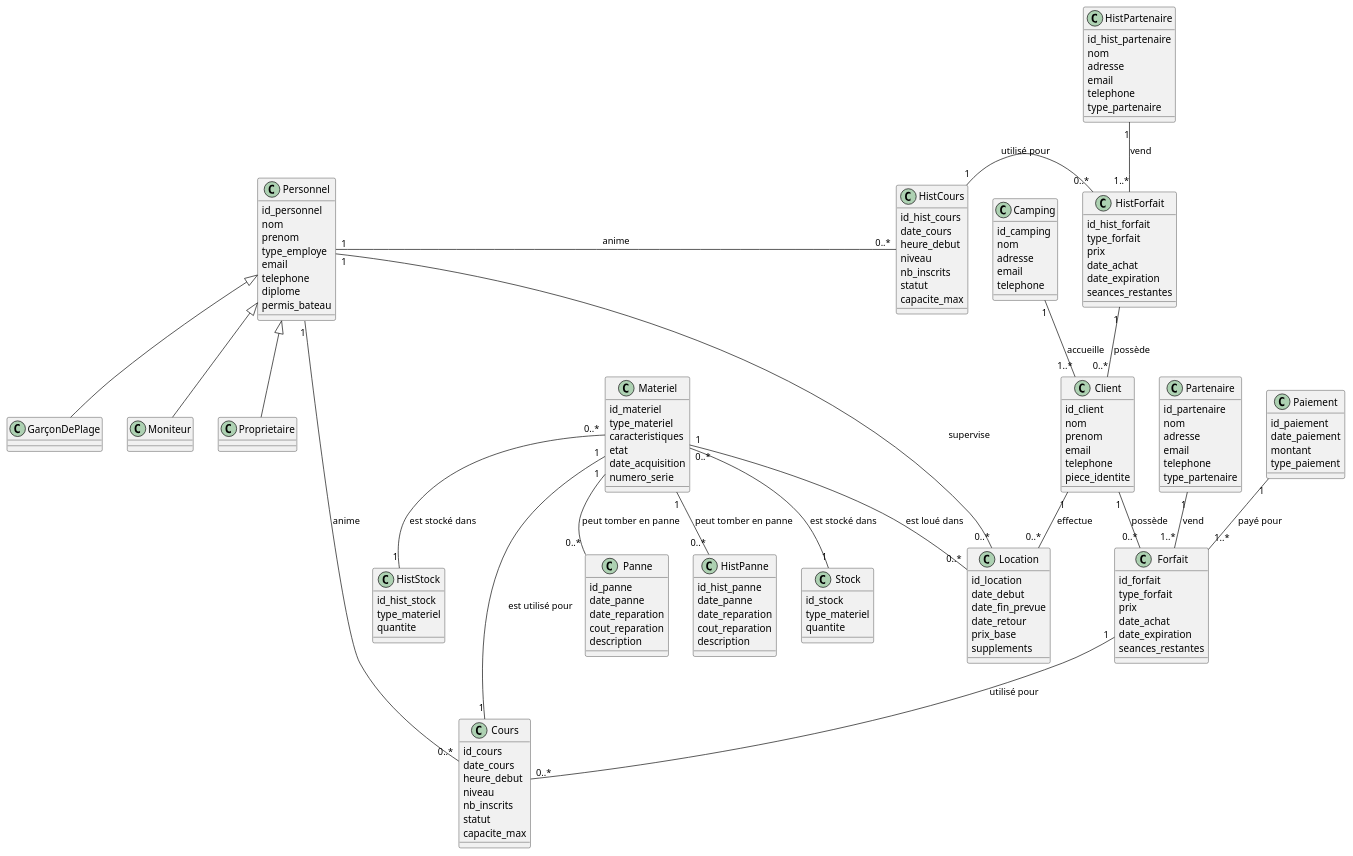
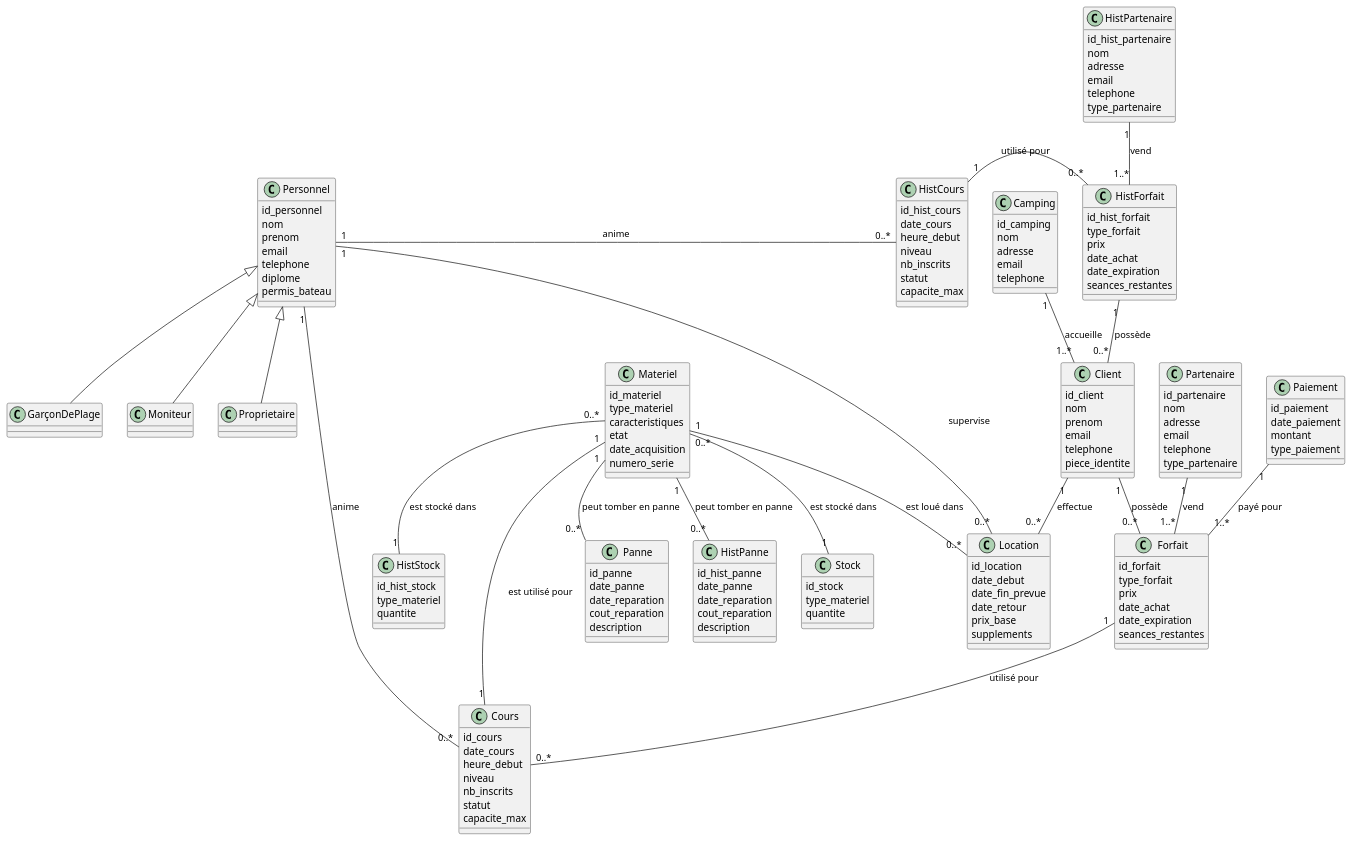
Before and after one commit to Hugo-COLLIN/MIAGE_CSI_NauticalClub: the diagram in docs/1-analysis/generalDesignClassDiagram.puml, drawn with PlantUML.

Commit message:
docs: rm type_personnel because of extends

```diff
--- a/docs/1-analysis/generalDesignClassDiagram.puml
+++ b/docs/1-analysis/generalDesignClassDiagram.puml
@@ -1,167 +1,166 @@
 @startuml
     class Personnel {
         id_personnel
         nom
         prenom
-        type_employe
         email
         telephone
         diplome
         permis_bateau
     }
 
     class GarçonDePlage extends Personnel {
     }
 
     class Moniteur extends Personnel {
     }
 
     class Proprietaire extends Personnel {
     }
 
     class Client {
         id_client
         nom
         prenom
         email
         telephone
         piece_identite
     }
 
     class Materiel {
         id_materiel
         type_materiel
         caracteristiques
         etat
         date_acquisition
         numero_serie
     }
 
     class Forfait {
         id_forfait
         type_forfait
         prix
         date_achat
         date_expiration
         seances_restantes
     }
 
     class Partenaire {
         id_partenaire
         nom
         adresse
         email
         telephone
         type_partenaire
     }
 
     class HistPartenaire {
         id_hist_partenaire
         nom
         adresse
         email
         telephone
         type_partenaire
     }
 
     class Camping {
         id_camping
         nom
         adresse
         email
         telephone
     }
 
     class HistForfait {
         id_hist_forfait
         type_forfait
         prix
         date_achat
         date_expiration
         seances_restantes
     }
 
     class Cours {
         id_cours
         date_cours
         heure_debut
         niveau
         nb_inscrits
         statut
         capacite_max
     }
 
     class HistCours {
         id_hist_cours
         date_cours
         heure_debut
         niveau
         nb_inscrits
         statut
         capacite_max
     }
 
     class Location {
         id_location
         date_debut
         date_fin_prevue
         date_retour
         prix_base
         supplements
     }
 
     class Panne {
         id_panne
         date_panne
         date_reparation
         cout_reparation
         description
     }
 
     class HistPanne {
         id_hist_panne
         date_panne
         date_reparation
         cout_reparation
         description
     }
 
     class Stock {
         id_stock
         type_materiel
         quantite
     }
 
     class HistStock {
         id_hist_stock
         type_materiel
         quantite
     }
 
     class Paiement {
         id_paiement
         date_paiement
         montant
         type_paiement
     }
 
     Client "1" -- "0..*" Forfait: possède
     Client "1" -- "0..*" Location: effectue
     Personnel "1" -- "0..*" Cours: anime
     Materiel "1" -- "0..*" Location: est loué dans
     Forfait "1" -- "0..*" Cours: utilisé pour
     Personnel "1" -- "0..*" Location: supervise
     Materiel "1" -- "0..*" Panne: peut tomber en panne
     Materiel "1" -- "0..*" HistPanne: peut tomber en panne
     Materiel "0..*" -- "1" Stock: est stocké dans
     Materiel "0..*" -- "1" HistStock: est stocké dans
     HistCours "1" - "0..*" HistForfait: utilisé pour
     Personnel "1" - "0..*" HistCours : anime
     HistForfait "1" -- "0..*" Client: possède
     Partenaire "1" -- "1..*" Forfait: vend
     HistPartenaire "1" -- "1..*" HistForfait: vend
     Camping "1" -- "1..*" Client: accueille
     Materiel "1" - "1" Cours: est utilisé pour
     Paiement "1" -- "1..*" Forfait: payé pour
 
 @enduml
```
